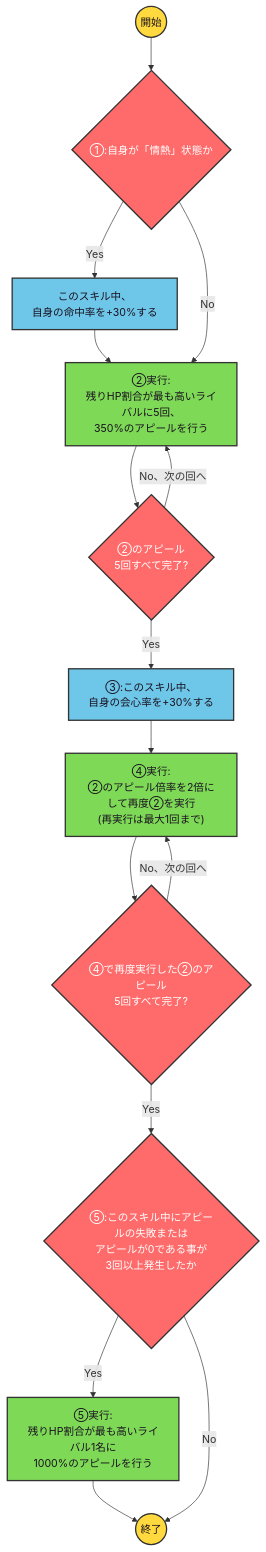
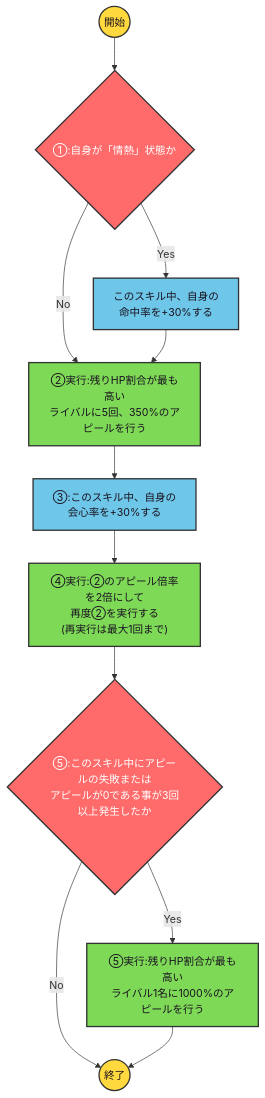
Before and after one commit to ryomochi0918/nogifra-characters: the diagram in data/ichinose_miku/samenumbers_skill2.mmd, drawn with Mermaid. The commit also changed 763 other files, not shown here.

```diff
--- a/data/ichinose_miku/samenumbers_skill2.mmd
+++ b/data/ichinose_miku/samenumbers_skill2.mmd
@@ -1,18 +1,16 @@
 flowchart TD
     classDef startend fill:#FFD93D,stroke:#333,stroke-width:2px,color:#1a1220;
     classDef cond fill:#FF6B6B,stroke:#333,stroke-width:2px,color:#ffffff;
     classDef effect fill:#6EC6E8,stroke:#333,stroke-width:2px,color:#1a1220;
     classDef action fill:#7ED957,stroke:#333,stroke-width:2px,color:#1a1220;
 
     start(("開始")):::startend --> c1{"①:自身が「情熱」状態か"}:::cond
-    c1 -->|"Yes"| e1["このスキル中、<br/>自身の命中率を+30%する"]:::effect --> a2
-    c1 -->|"No"| a2["②実行:<br/>残りHP割合が最も高いライバルに5回、<br/>350%のアピールを行う"]:::action
-    a2 --> lc2{"②のアピール<br/>5回すべて完了?"}:::cond
-    lc2 -->|"No、次の回へ"| a2
-    lc2 -->|"Yes"| e3["③:このスキル中、<br/>自身の会心率を+30%する"]:::effect
-    e3 --> a4["④実行:<br/>②のアピール倍率を2倍にして再度②を実行<br/>(再実行は最大1回まで)"]:::action
-    a4 --> lc4{"④で再度実行した②のアピール<br/>5回すべて完了?"}:::cond
-    lc4 -->|"No、次の回へ"| a4
-    lc4 -->|"Yes"| c5{"⑤:このスキル中にアピールの失敗または<br/>アピールが0である事が<br/>3回以上発生したか"}:::cond
-    c5 -->|"Yes"| a5["⑤実行:<br/>残りHP割合が最も高いライバル1名に<br/>1000%のアピールを行う"]:::action --> finish(("終了")):::startend
-    c5 -->|"No"| finish
+    c1 -->|"Yes"| e1["このスキル中、自身の<br/>命中率を+30%する"]:::effect
+    c1 -->|"No"| a2["②実行:残りHP割合が最も高い<br/>ライバルに5回、350%のアピールを行う"]:::action
+    e1 --> a2
+    a2 --> e3["③:このスキル中、自身の<br/>会心率を+30%する"]:::effect
+    e3 --> a4["④実行:②のアピール倍率を2倍にして<br/>再度②を実行する<br/>(再実行は最大1回まで)"]:::action
+    a4 --> c5{"⑤:このスキル中にアピールの失敗または<br/>アピールが0である事が3回以上発生したか"}:::cond
+    c5 -->|"Yes"| a5["⑤実行:残りHP割合が最も高い<br/>ライバル1名に1000%のアピールを行う"]:::action
+    c5 -->|"No"| finish(("終了")):::startend
+    a5 --> finish
```
